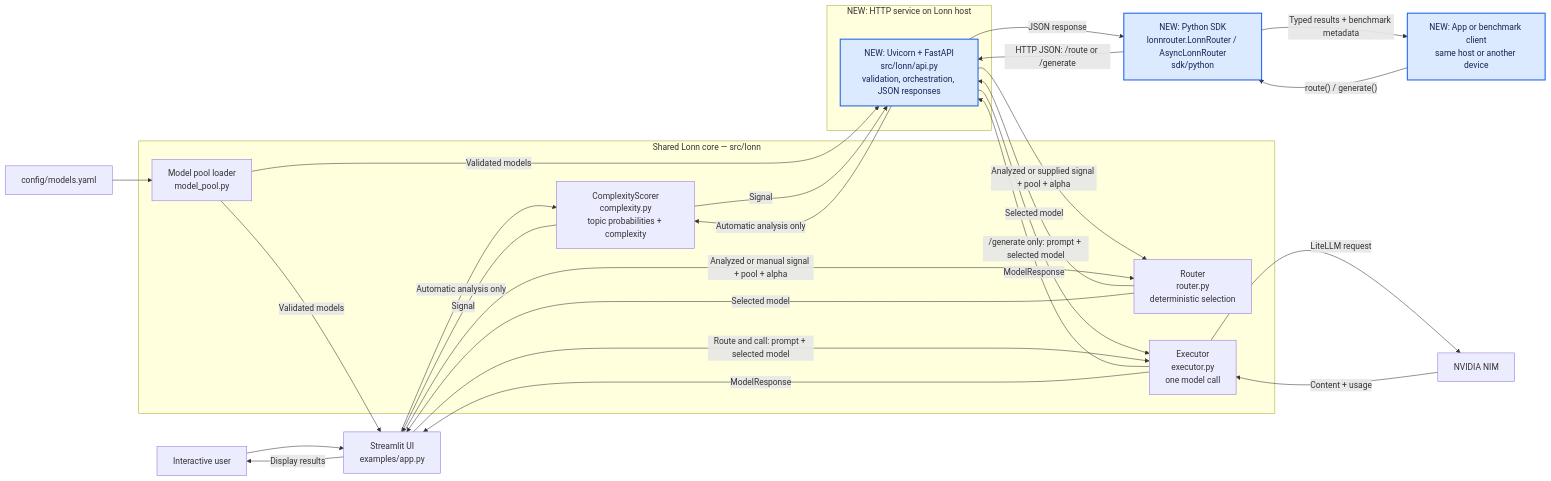
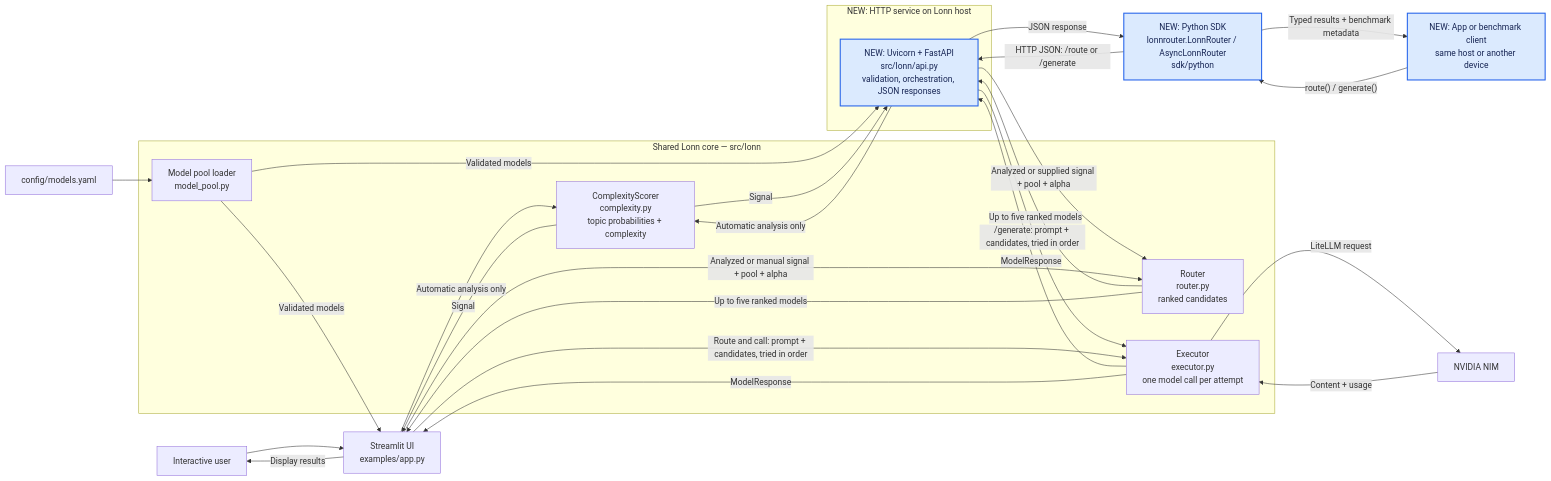
Before and after one commit to emrailklmin/Lonn: the first of 5 diagrams in docs/Prototype_architecture.md, drawn with Mermaid. The commit also changed other lines of this file and 8 other files, not shown here.

First line of the commit message:
Add ranked candidates and fallback for /generate

````diff
--- a/docs/Prototype_architecture.md
+++ b/docs/Prototype_architecture.md
@@ -40,39 +40,39 @@
 ```mermaid
 flowchart LR
     USER["Interactive user"] --> UI["Streamlit UI<br/>examples/app.py"]
     CLIENT["NEW: App or benchmark client<br/>same host or another device"]
     SDK["NEW: Python SDK<br/>lonnrouter.LonnRouter / AsyncLonnRouter<br/>sdk/python"]
     subgraph SERVICE["NEW: HTTP service on Lonn host"]
         HTTP["NEW: Uvicorn + FastAPI<br/>src/lonn/api.py<br/>validation, orchestration, JSON responses"]
     end
     CLIENT -->|"route() / generate()"| SDK
     SDK -->|"HTTP JSON: /route or /generate"| HTTP
     HTTP -->|"JSON response"| SDK
     SDK -->|"Typed results + benchmark metadata"| CLIENT
     subgraph CORE["Shared Lonn core — src/lonn"]
         CS["ComplexityScorer<br/>complexity.py<br/>topic probabilities + complexity"]
         MP["Model pool loader<br/>model_pool.py"]
-        R["Router<br/>router.py<br/>deterministic selection"]
-        E["Executor<br/>executor.py<br/>one model call"]
+        R["Router<br/>router.py<br/>ranked candidates"]
+        E["Executor<br/>executor.py<br/>one model call per attempt"]
     end
     CONFIG["config/models.yaml"] --> MP
     MP -->|"Validated models"| HTTP
     MP -->|"Validated models"| UI
     HTTP -->|"Automatic analysis only"| CS
     UI -->|"Automatic analysis only"| CS
     CS -->|"Signal"| HTTP
     CS -->|"Signal"| UI
     HTTP -->|"Analyzed or supplied signal + pool + alpha"| R
     UI -->|"Analyzed or manual signal + pool + alpha"| R
-    R -->|"Selected model"| HTTP
-    R -->|"Selected model"| UI
-    HTTP -->|"/generate only: prompt + selected model"| E
-    UI -->|"Route and call: prompt + selected model"| E
+    R -->|"Up to five ranked models"| HTTP
+    R -->|"Up to five ranked models"| UI
+    HTTP -->|"/generate: prompt + candidates, tried in order"| E
+    UI -->|"Route and call: prompt + candidates, tried in order"| E
     E -->|"LiteLLM request"| NVIDIA["NVIDIA NIM"]
     NVIDIA -->|"Content + usage"| E
     E -->|"ModelResponse"| HTTP
     E -->|"ModelResponse"| UI
     UI -->|"Display results"| USER
     classDef added fill:#dbeafe,stroke:#2563eb,stroke-width:2px,color:#172554
     class CLIENT,SDK,HTTP added
 ```
````
